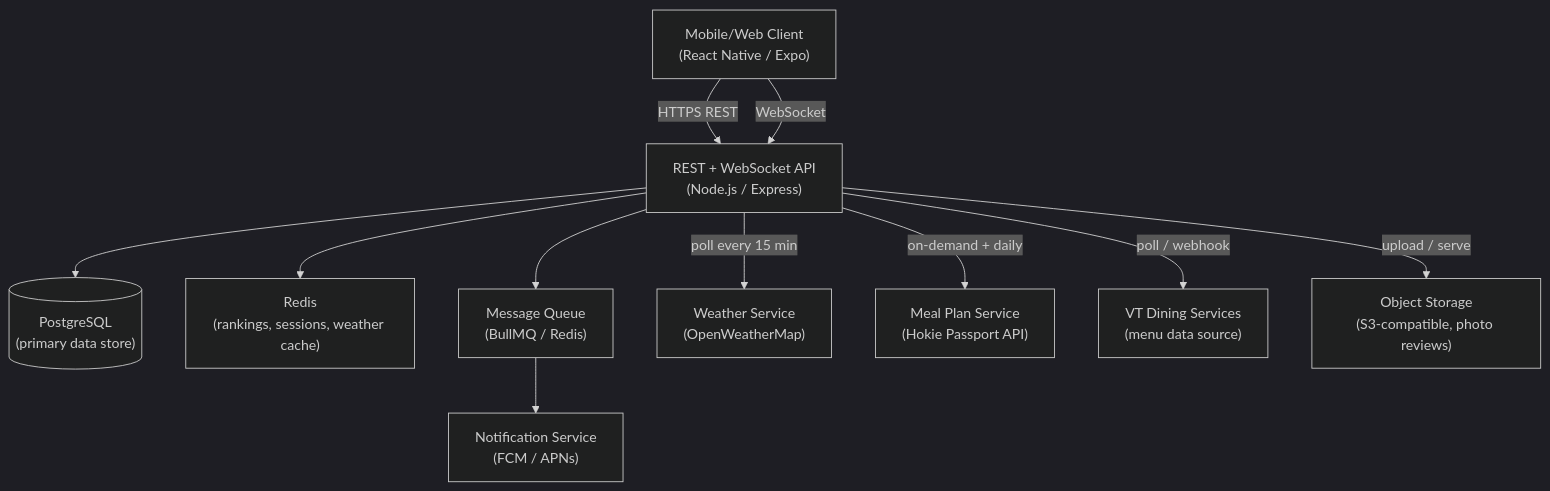
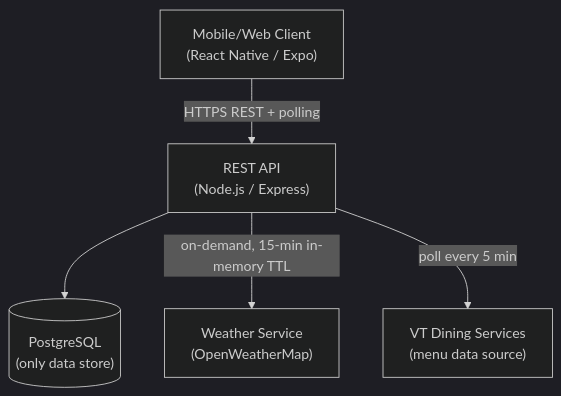
Before and after one commit to ZaidSalahuddin/AWSKiroHackaton: the first of 2 diagrams in .kiro/specs/vt-dining-ranker/design.md, drawn with Mermaid (dark theme). The commit also changed other lines of this file and 77 other files, not shown here.

````diff
--- a/.kiro/specs/vt-dining-ranker/design.md
+++ b/.kiro/specs/vt-dining-ranker/design.md
@@ -26,24 +28,13 @@
 ```mermaid
 graph TD
     Client["Mobile/Web Client\n(React Native / Expo)"]
-    API["REST + WebSocket API\n(Node.js / Express)"]
-    DB[("PostgreSQL\n(primary data store)")]
-    Cache["Redis\n(rankings, sessions, weather cache)"]
-    Queue["Message Queue\n(BullMQ / Redis)"]
-    NotifSvc["Notification Service\n(FCM / APNs)"]
+    API["REST API\n(Node.js / Express)"]
+    DB[("PostgreSQL\n(only data store)")]
     WeatherSvc["Weather Service\n(OpenWeatherMap)"]
-    MealPlanSvc["Meal Plan Service\n(Hokie Passport API)"]
     VTDining["VT Dining Services\n(menu data source)"]
-    MediaStore["Object Storage\n(S3-compatible, photo reviews)"]
 
-    Client -->|HTTPS REST| API
-    Client -->|WebSocket| API
+    Client -->|HTTPS REST + polling| API
     API --> DB
-    API --> Cache
-    API --> Queue
-    Queue --> NotifSvc
-    API -->|poll every 15 min| WeatherSvc
-    API -->|poll / webhook| VTDining
-    API -->|on-demand + daily| MealPlanSvc
-    API -->|upload / serve| MediaStore
+    API -->|on-demand, 15-min in-memory TTL| WeatherSvc
+    API -->|poll every 5 min| VTDining
 ```
````
